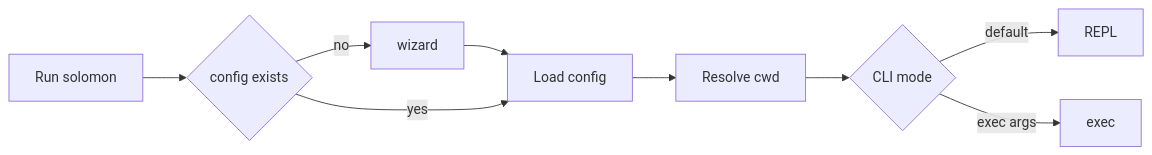
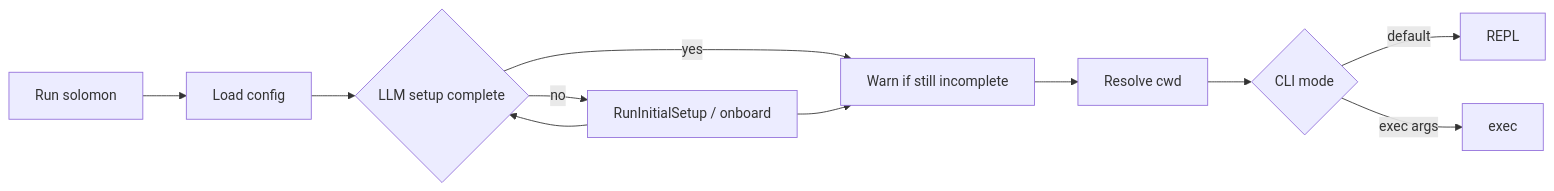
The diagram in docs/architecture/startup-and-cli.md (SAPPHIR3-ROS3/Solomon), drawn with Mermaid before and after one commit. The commit also changed other lines of this file and 3 other files, not shown here.

First line of the commit message:
Streamline README for fast install and move startup diagram to docs.

````diff
--- a/docs/architecture/startup-and-cli.md
+++ b/docs/architecture/startup-and-cli.md
@@ -40,17 +42,19 @@
 ```mermaid
 flowchart LR
   start[Run solomon]
-  cfg{config exists}
-  wizard[wizard]
   load[Load config]
+  ok{LLM setup complete}
+  setup[RunInitialSetup / onboard]
+  warn[Warn if still incomplete]
   proj[Resolve cwd]
   mode{CLI mode}
   repl[REPL]
   execOnce[exec]
-  start --> cfg
-  cfg -->|no| wizard --> load
-  cfg -->|yes| load
-  load --> proj --> mode
+  start --> load --> ok
+  ok -->|no| setup --> ok
+  ok -->|yes| warn
+  setup --> warn
+  warn --> proj --> mode
   mode -->|default| repl
   mode -->|exec args| execOnce
 ```
````
